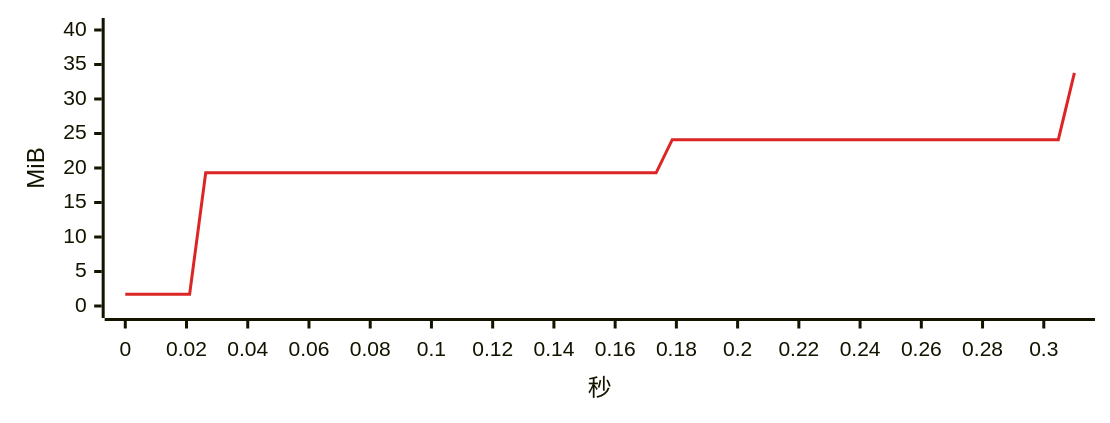
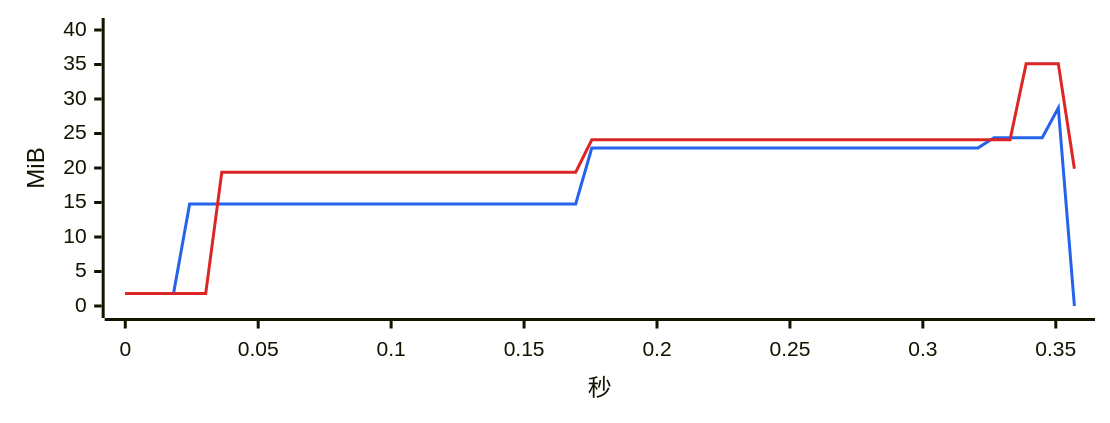
Before and after one commit to 334456777/WeFlow: diagram 16 of 17 in bench/v4.1.0/summary.md, drawn with Mermaid. The commit also changed other lines of this file and 3 other files, not shown here.

````diff
--- a/bench/v4.1.0/summary.md
+++ b/bench/v4.1.0/summary.md
@@ -439,7 +452,8 @@
 ```mermaid
-%%{init: {"xyChart": {"width": 720, "height": 260}, "themeVariables": {"xyChart": {"plotColorPalette": "#dc2626"}}}}%%
+%%{init: {"xyChart": {"width": 720, "height": 260}, "themeVariables": {"xyChart": {"plotColorPalette": "#2563eb, #dc2626"}}}}%%
 xychart-beta
-    x-axis "秒" 0 --> 0.31
+    x-axis "秒" 0 --> 0.357
     y-axis "MiB" 0 --> 40
-    line [1.7, 1.7, 1.7, 1.7, 1.7, 19.3, 19.3, 19.3, 19.3, 19.3, 19.3, 19.3, 19.3, 19.3, 19.3, 19.3, 19.3, 19.3, 19.3, 19.3, 19.3, 19.3, 19.3, 19.3, 19.3, 19.3, 19.3, 19.3, 19.3, 19.3, 19.3, 19.3, 19.3, 19.3, 24.1, 24.1, 24.1, 24.1, 24.1, 24.1, 24.1, 24.1, 24.1, 24.1, 24.1, 24.1, 24.1, 24.1, 24.1, 24.1, 24.1, 24.1, 24.1, 24.1, 24.1, 24.1, 24.1, 24.1, 24.1, 33.8]
+    line [1.8, 1.8, 1.8, 1.8, 14.8, 14.8, 14.8, 14.8, 14.8, 14.8, 14.8, 14.8, 14.8, 14.8, 14.8, 14.8, 14.8, 14.8, 14.8, 14.8, 14.8, 14.8, 14.8, 14.8, 14.8, 14.8, 14.8, 14.8, 14.8, 22.9, 22.9, 22.9, 22.9, 22.9, 22.9, 22.9, 22.9, 22.9, 22.9, 22.9, 22.9, 22.9, 22.9, 22.9, 22.9, 22.9, 22.9, 22.9, 22.9, 22.9, 22.9, 22.9, 22.9, 22.9, 24.4, 24.4, 24.4, 24.4, 28.7, 0.0]
+    line [1.8, 1.8, 1.8, 1.8, 1.8, 1.8, 19.4, 19.4, 19.4, 19.4, 19.4, 19.4, 19.4, 19.4, 19.4, 19.4, 19.4, 19.4, 19.4, 19.4, 19.4, 19.4, 19.4, 19.4, 19.4, 19.4, 19.4, 19.4, 19.4, 24.1, 24.1, 24.1, 24.1, 24.1, 24.1, 24.1, 24.1, 24.1, 24.1, 24.1, 24.1, 24.1, 24.1, 24.1, 24.1, 24.1, 24.1, 24.1, 24.1, 24.1, 24.1, 24.1, 24.1, 24.1, 24.1, 24.1, 35.1, 35.1, 35.1, 19.9]
 ```
````
